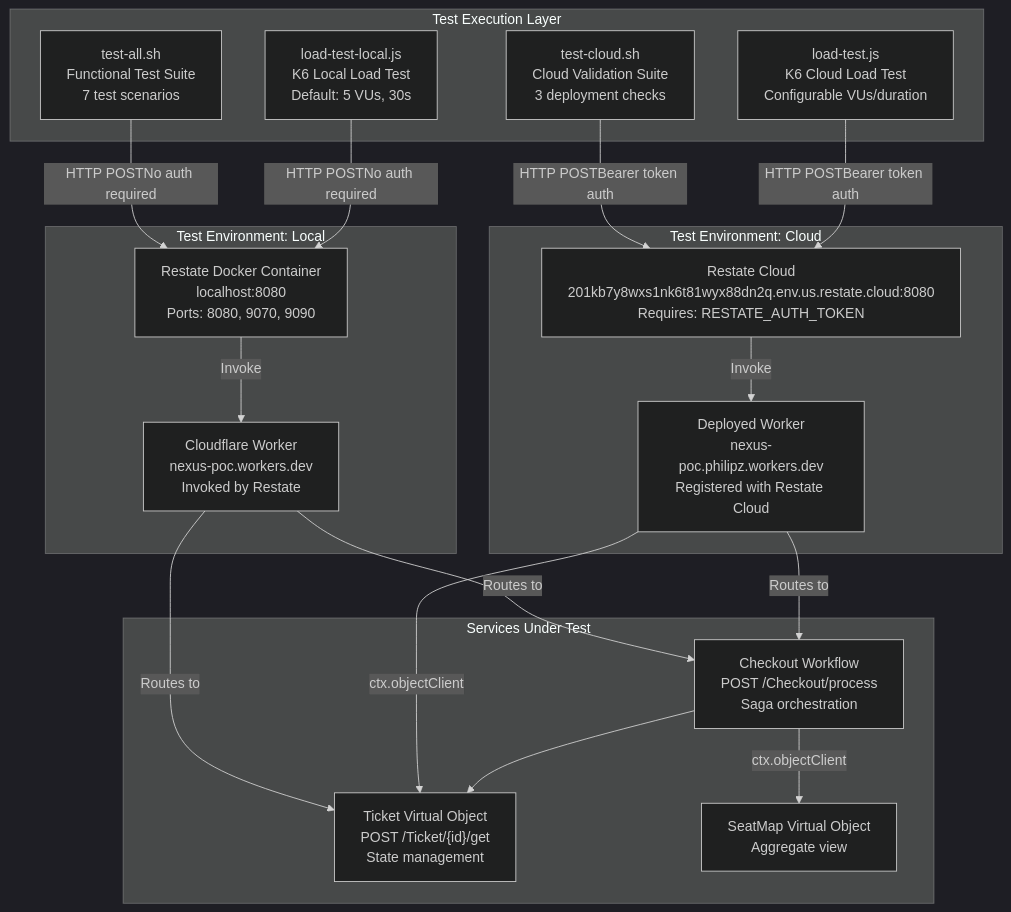
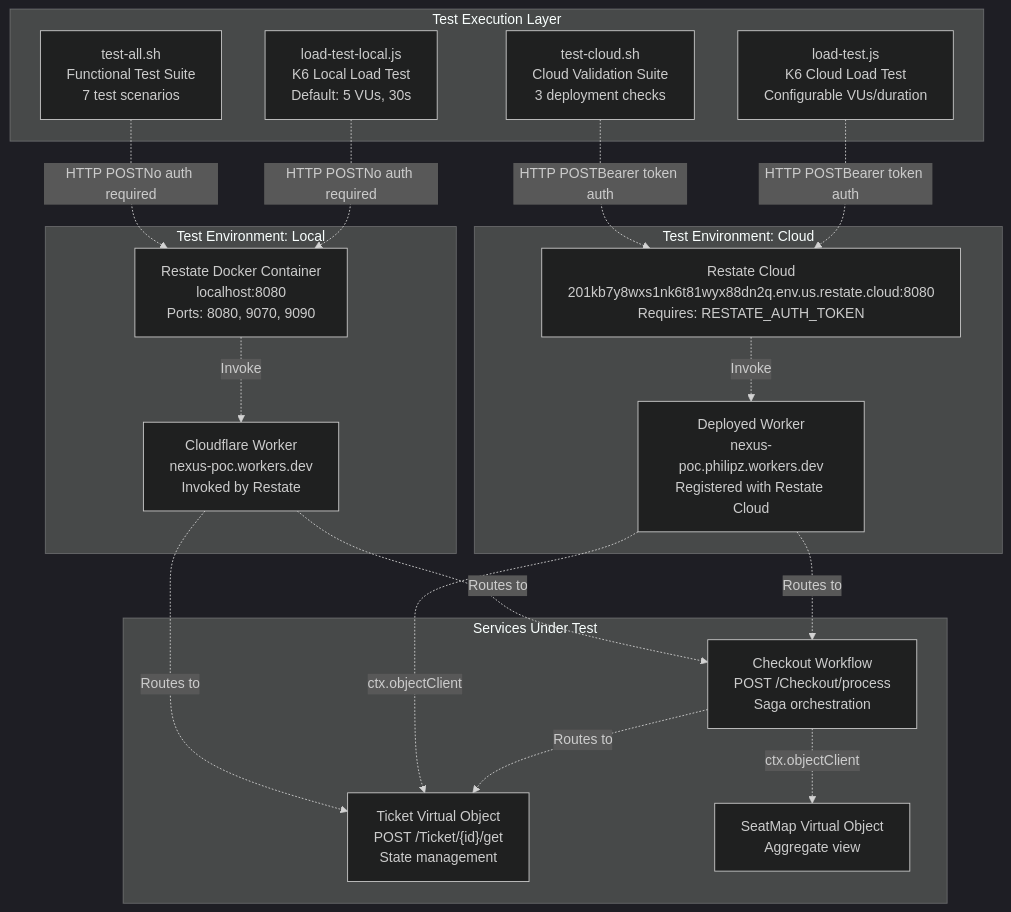
Before and after one commit to philipz/restate-cloudflare-workers-poc: the first of 5 diagrams in docs/deepwiki/Testing-Strategy.md, drawn with Mermaid (dark theme). The commit also changed other lines of this file and 27 other files, not shown here.

````diff
--- a/docs/deepwiki/Testing-Strategy.md
+++ b/docs/deepwiki/Testing-Strategy.md
@@ -29,51 +29,51 @@
 ```mermaid
 flowchart TD
 
 TestAll["test-all.sh<br>Functional Test Suite<br>7 test scenarios"]
 TestCloud["test-cloud.sh<br>Cloud Validation Suite<br>3 deployment checks"]
 LoadLocal["load-test-local.js<br>K6 Local Load Test<br>Default: 5 VUs, 30s"]
 LoadCloud["load-test.js<br>K6 Cloud Load Test<br>Configurable VUs/duration"]
 LocalRestate["Restate Docker Container<br>localhost:8080<br>Ports: 8080, 9070, 9090"]
 LocalWorker["Cloudflare Worker<br>nexus-poc.workers.dev<br>Invoked by Restate"]
 CloudRestate["Restate Cloud<br>201kb7y8wxs1nk6t81wyx88dn2q.env.us.restate.cloud:8080<br>Requires: RESTATE_AUTH_TOKEN"]
 CloudWorker["Deployed Worker<br>nexus-poc.philipz.workers.dev<br>Registered with Restate Cloud"]
 Checkout["Checkout Workflow<br>POST /Checkout/process<br>Saga orchestration"]
 Ticket["Ticket Virtual Object<br>POST /Ticket/{id}/get<br>State management"]
 SeatMap["SeatMap Virtual Object<br>Aggregate view"]
 
-TestAll -->|"HTTP POSTNo auth required"| LocalRestate
-LoadLocal -->|"HTTP POSTNo auth required"| LocalRestate
-TestCloud -->|"HTTP POSTBearer token auth"| CloudRestate
-LoadCloud -->|"HTTP POSTBearer token auth"| CloudRestate
-LocalWorker -->|"Routes to"| Checkout
-LocalWorker -->|"Routes to"| Ticket
-CloudWorker -->|"Routes to"| Checkout
-CloudWorker -->|"ctx.objectClient"| Ticket
+TestAll -.->|"HTTP POSTNo auth required"| LocalRestate
+LoadLocal -.->|"HTTP POSTNo auth required"| LocalRestate
+TestCloud -.->|"HTTP POSTBearer token auth"| CloudRestate
+LoadCloud -.->|"HTTP POSTBearer token auth"| CloudRestate
+LocalWorker -.->|"Routes to"| Checkout
+LocalWorker -.->|"Routes to"| Ticket
+CloudWorker -.->|"Routes to"| Checkout
+CloudWorker -.->|"ctx.objectClient"| Ticket
 
 subgraph subGraph3 ["Services Under Test"]
     Checkout
     Ticket
     SeatMap
-    Checkout --> Ticket
-    Checkout -->|"ctx.objectClient"| SeatMap
+    Checkout -.->|"Routes to"| Ticket
+    Checkout -.->|"ctx.objectClient"| SeatMap
 end
 
 subgraph subGraph2 ["Test Environment: Cloud"]
     CloudRestate
     CloudWorker
-    CloudRestate -->|"Invoke"| CloudWorker
+    CloudRestate -.->|"Invoke"| CloudWorker
 end
 
 subgraph subGraph1 ["Test Environment: Local"]
     LocalRestate
     LocalWorker
-    LocalRestate -->|"Invoke"| LocalWorker
+    LocalRestate -.->|"Invoke"| LocalWorker
 end
 
 subgraph subGraph0 ["Test Execution Layer"]
     TestAll
     TestCloud
     LoadLocal
     LoadCloud
 end
 ```
````
